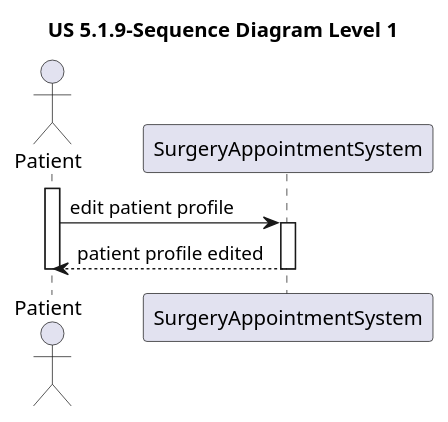
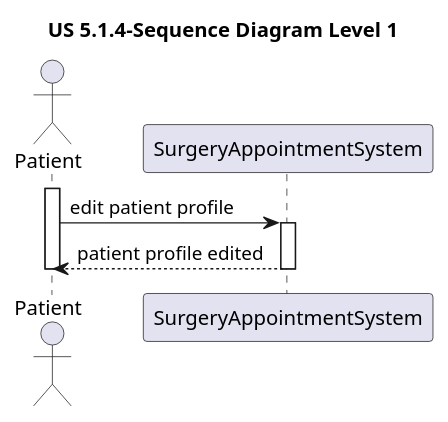
Before and after one commit to MateusCabral2004/sem5pi: the diagram in docs/Sprint 1/US 5.1.4/Sequence Diagrams/Level1/SD_Level1.puml, drawn with PlantUML. The commit also changed 2 other files, not shown here.

```diff
--- a/docs/Sprint 1/US 5.1.4/Sequence Diagrams/Level1/SD_Level1.puml
+++ b/docs/Sprint 1/US 5.1.4/Sequence Diagrams/Level1/SD_Level1.puml
@@ -1,15 +1,15 @@
 @startuml
-title US 5.1.9-Sequence Diagram Level 1
+title US 5.1.4-Sequence Diagram Level 1
 
 actor Patient
 participant SurgeryAppointmentSystem
 
 activate Patient
 Patient-> SurgeryAppointmentSystem: edit patient profile
 activate SurgeryAppointmentSystem
 
 SurgeryAppointmentSystem --> Patient: patient profile edited
 deactivate SurgeryAppointmentSystem
 
 deactivate Patient
 @enduml
```
